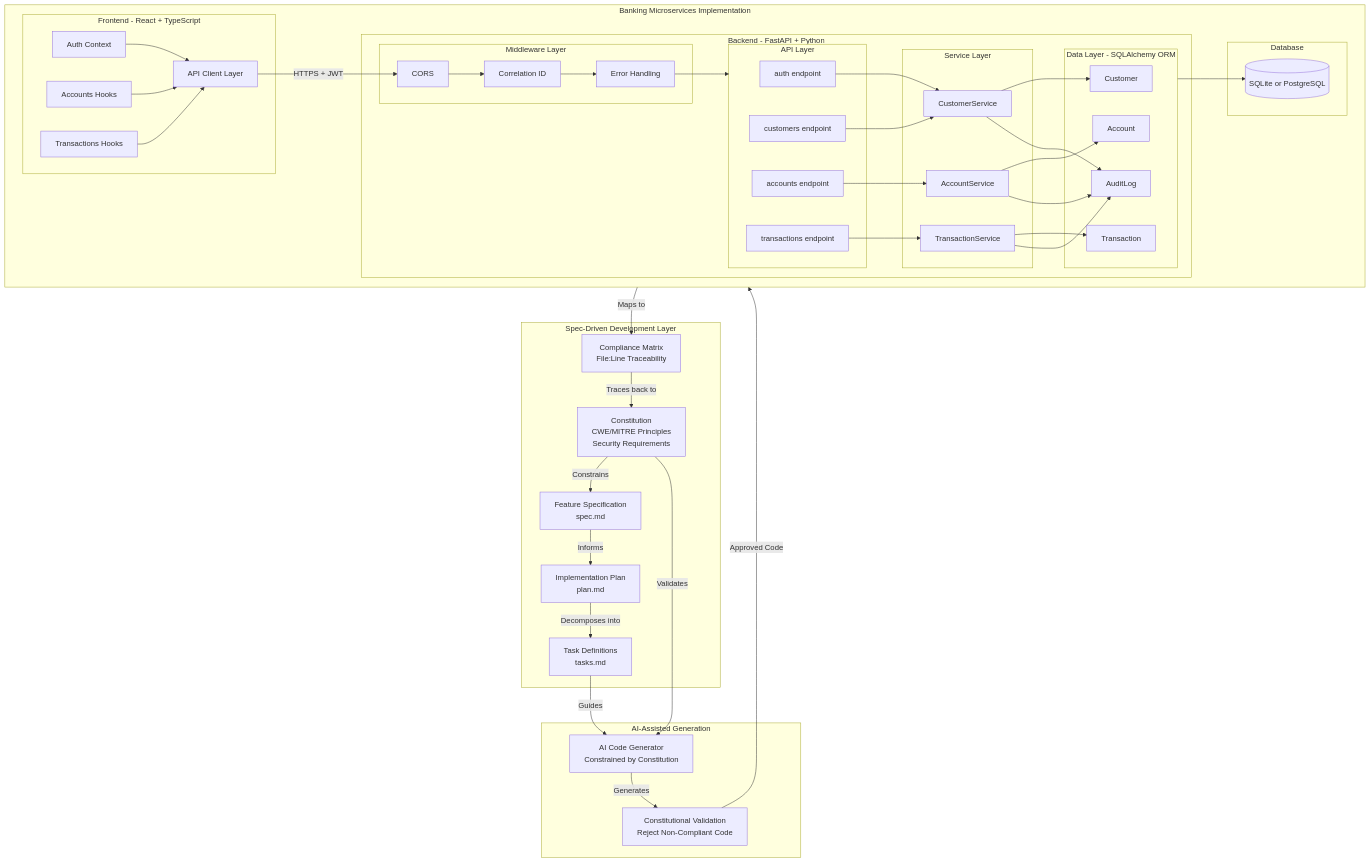
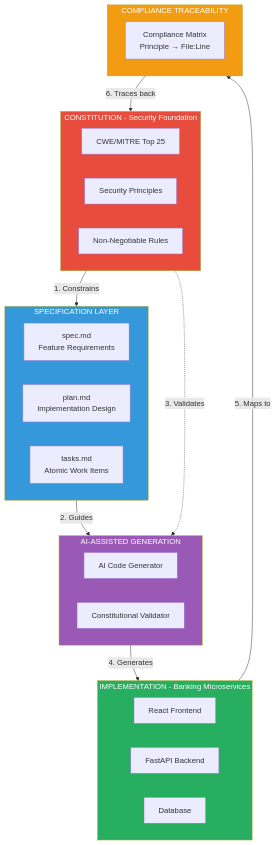
One commit to srinivasraom/banking-ms-by-constitution changed the first of 7 diagrams in PAPER.md. Above: the diagram before and after it, drawn with Mermaid.

Commit message:
Simplify architecture diagram in PAPER.md section 3.4
Replace complex nested diagram with simplified flowchart emphasizing
the Spec-Driven Development methodology:
- 5 color-coded layers showing development hierarchy
- Numbered 6-step flow from Constitution to Traceability
- Clear closed-loop feedback cycle
- Focus on methodology over implementation details

````diff
--- a/PAPER.md
+++ b/PAPER.md
@@ -161,85 +161,46 @@
 ```mermaid
-graph TB
-    subgraph SpecDriven["Spec-Driven Development Layer"]
-        Constitution["Constitution<br/>CWE/MITRE Principles<br/>Security Requirements"]
-        Spec["Feature Specification<br/>spec.md"]
-        Plan["Implementation Plan<br/>plan.md"]
-        Tasks["Task Definitions<br/>tasks.md"]
-        Compliance["Compliance Matrix<br/>File:Line Traceability"]
+flowchart TB
+    subgraph Constitution["CONSTITUTION - Security Foundation"]
+        direction LR
+        CWE["CWE/MITRE Top 25"]
+        Principles["Security Principles"]
+        Rules["Non-Negotiable Rules"]
     end
 
-    subgraph AILayer["AI-Assisted Generation"]
-        AIGen["AI Code Generator<br/>Constrained by Constitution"]
-        Validation["Constitutional Validation<br/>Reject Non-Compliant Code"]
+    subgraph SpecLayer["SPECIFICATION LAYER"]
+        direction LR
+        Spec["spec.md<br/>Feature Requirements"]
+        Plan["plan.md<br/>Implementation Design"]
+        Tasks["tasks.md<br/>Atomic Work Items"]
     end
 
-    subgraph Implementation["Banking Microservices Implementation"]
-        subgraph Frontend["Frontend - React + TypeScript"]
-            Auth[Auth Context]
-            AcctHooks[Accounts Hooks]
-            TxnHooks[Transactions Hooks]
-            APIClient[API Client Layer]
-        end
-
-        subgraph Backend["Backend - FastAPI + Python"]
-            subgraph Middleware["Middleware Layer"]
-                CORS[CORS]
-                CorrID[Correlation ID]
-                ErrHandler[Error Handling]
-            end
-
-            subgraph API["API Layer"]
-                AuthEP["auth endpoint"]
-                CustEP["customers endpoint"]
-                AcctEP["accounts endpoint"]
-                TxnEP["transactions endpoint"]
-            end
-
-            subgraph Services["Service Layer"]
-                CustSvc[CustomerService]
-                AcctSvc[AccountService]
-                TxnSvc[TransactionService]
-            end
-
-            subgraph Data["Data Layer - SQLAlchemy ORM"]
-                CustModel[Customer]
-                AcctModel[Account]
-                TxnModel[Transaction]
-                AuditModel[AuditLog]
-            end
-        end
-
-        subgraph Database["Database"]
-            DB[(SQLite or PostgreSQL)]
-        end
+    subgraph AILayer["AI-ASSISTED GENERATION"]
+        direction LR
+        Generator["AI Code Generator"]
+        Validator["Constitutional Validator"]
     end
 
-    Constitution -->|"Constrains"| Spec
-    Spec -->|"Informs"| Plan
-    Plan -->|"Decomposes into"| Tasks
-    Tasks -->|"Guides"| AIGen
-    Constitution -->|"Validates"| AIGen
-    AIGen -->|"Generates"| Validation
-    Validation -->|"Approved Code"| Implementation
-    Implementation -->|"Maps to"| Compliance
-    Compliance -->|"Traces back to"| Constitution
+    subgraph Implementation["IMPLEMENTATION - Banking Microservices"]
+        direction LR
+        Frontend["React Frontend"]
+        Backend["FastAPI Backend"]
+        Database["Database"]
+    end
 
-    Auth --> APIClient
-    AcctHooks --> APIClient
-    TxnHooks --> APIClient
-    APIClient -->|HTTPS + JWT| CORS
-    CORS --> CorrID
-    CorrID --> ErrHandler
-    ErrHandler --> API
-    AuthEP --> CustSvc
-    CustEP --> CustSvc
-    AcctEP --> AcctSvc
-    TxnEP --> TxnSvc
-    CustSvc --> CustModel
-    AcctSvc --> AcctModel
-    TxnSvc --> TxnModel
-    CustSvc --> AuditModel
-    AcctSvc --> AuditModel
-    TxnSvc --> AuditModel
-    Data --> DB
+    subgraph Traceability["COMPLIANCE TRACEABILITY"]
+        Matrix["Compliance Matrix<br/>Principle → File:Line"]
+    end
+
+    Constitution -->|"1. Constrains"| SpecLayer
+    SpecLayer -->|"2. Guides"| AILayer
+    Constitution -.->|"3. Validates"| AILayer
+    AILayer -->|"4. Generates"| Implementation
+    Implementation -->|"5. Maps to"| Traceability
+    Traceability -->|"6. Traces back"| Constitution
+
+    style Constitution fill:#e74c3c,color:#fff
+    style SpecLayer fill:#3498db,color:#fff
+    style AILayer fill:#9b59b6,color:#fff
+    style Implementation fill:#27ae60,color:#fff
+    style Traceability fill:#f39c12,color:#fff
 ```
````
